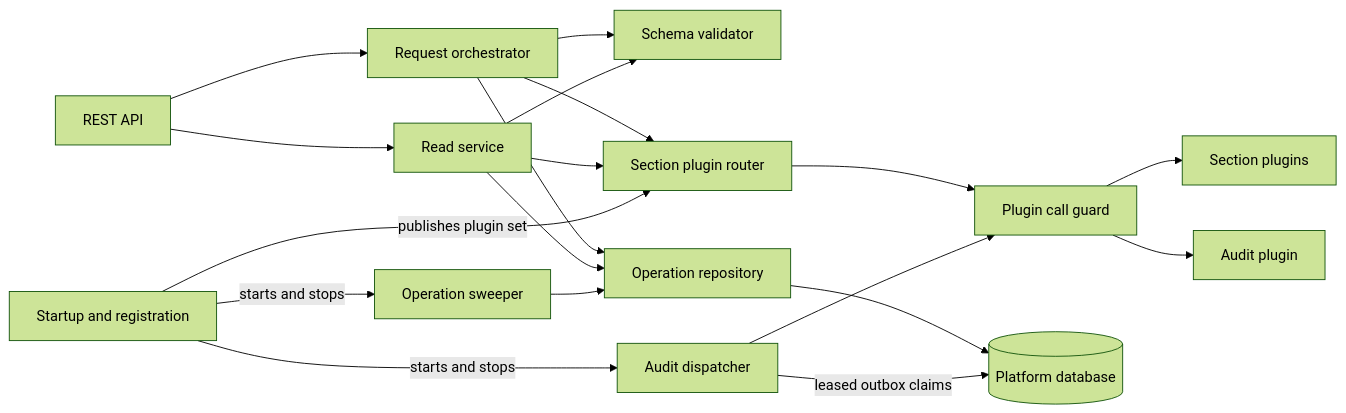
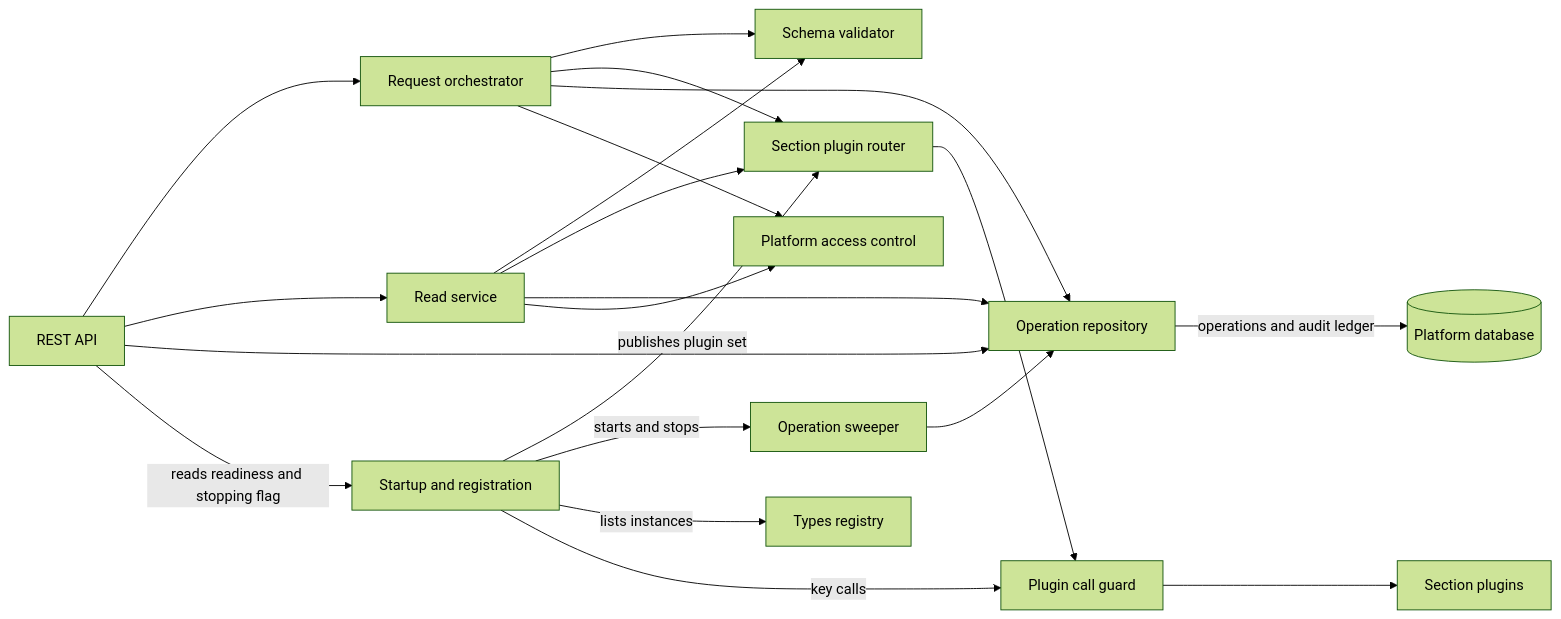
One commit to constructorfabric/gears-rust changed the third of 7 diagrams in gears/system/application-manager/docs/DESIGN.md. Above: the diagram before and after it, drawn with Mermaid (forest theme). The commit also changed other lines of this file and 8 other files, not shown here.

````diff
--- a/gears/system/application-manager/docs/DESIGN.md
+++ b/gears/system/application-manager/docs/DESIGN.md
@@ -357,21 +369,23 @@
 ```mermaid
 graph LR
     REST[REST API] --> ORC[Request orchestrator]
     REST --> RS[Read service]
     ORC --> VAL[Schema validator]
     RS --> VAL
     ORC --> SPR[Section plugin router]
     RS --> SPR
     ORC --> REP[Operation repository]
     RS --> REP
     SWP[Operation sweeper] --> REP
     SPR --> GUARD[Plugin call guard]
-    DSP[Audit dispatcher] --> GUARD
     GUARD --> SP[Section plugins]
-    GUARD --> AP[Audit plugin]
-    REP --> DB[(Platform database)]
-    DSP -->|"leased outbox claims"| DB
+    REST --> REP
+    ORC --> PDP[Platform access control]
+    RS --> PDP
+    REP -->|"operations and audit ledger"| DB[(Platform database)]
     START[Startup and registration] -->|"publishes plugin set"| SPR
-    START -->|"starts and stops"| DSP
     START -->|"starts and stops"| SWP
+    START -->|"lists instances"| TR[Types registry]
+    START -->|"key calls"| GUARD
+    REST -->|"reads readiness and stopping flag"| START
 ```
````
